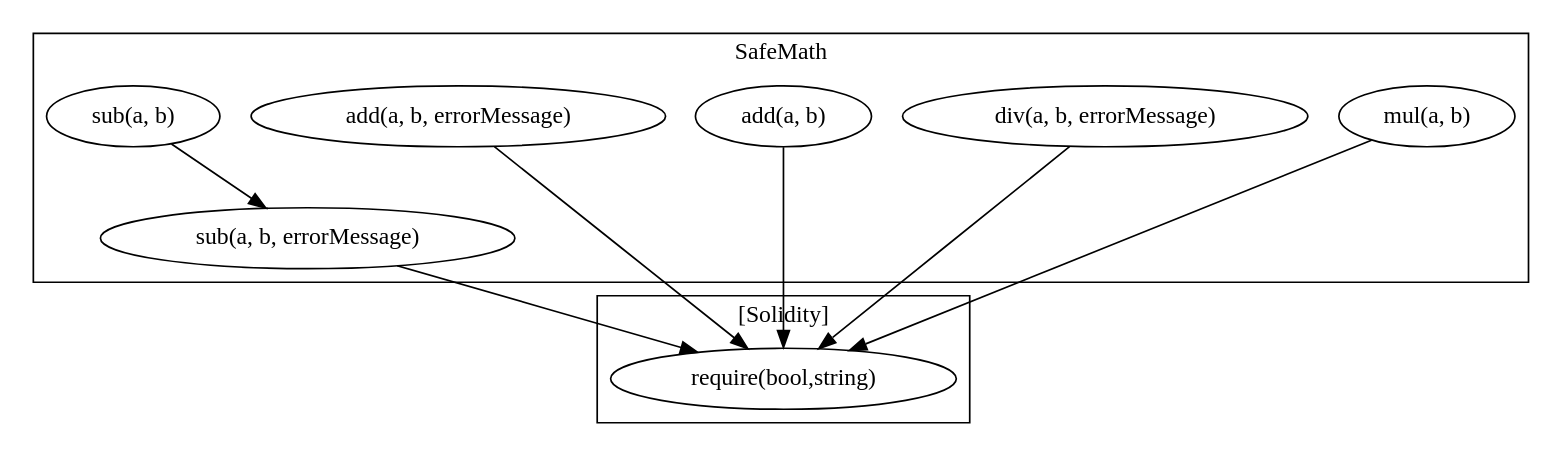
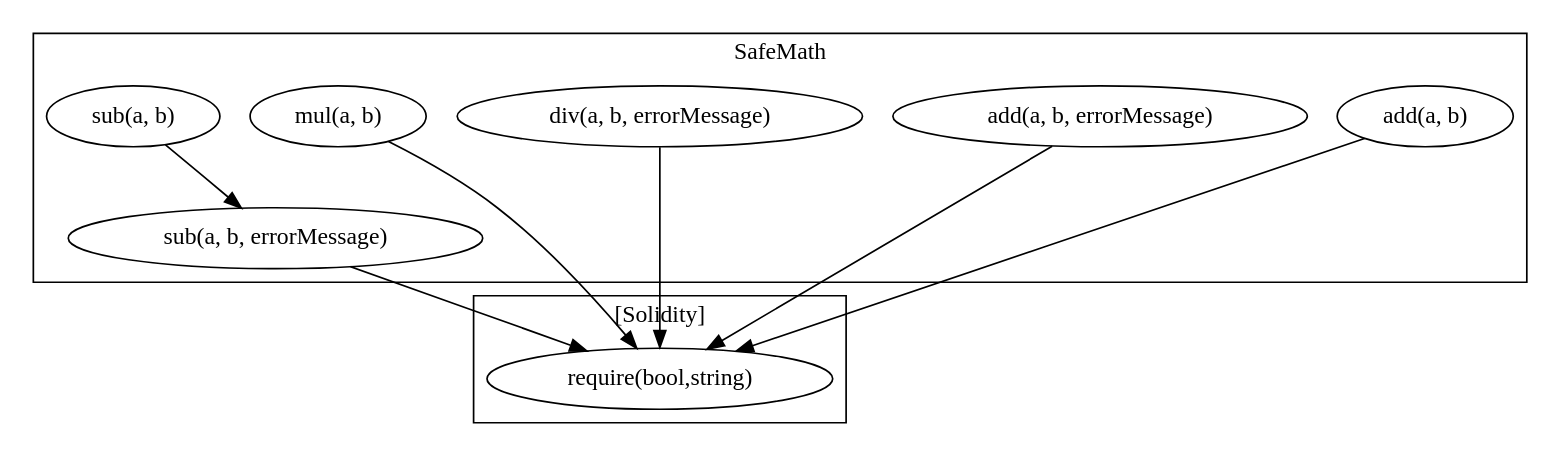
Before and after one commit to Shruthaja/Advanced-Topics-software-engineering-6324-001: the diagram in test_normal.sol.all_contracts.call-graph.dot, drawn with Graphviz. The commit also changed other lines of this file and 8 other files, not shown here.

```diff
--- a/test_normal.sol.all_contracts.call-graph.dot
+++ b/test_normal.sol.all_contracts.call-graph.dot
@@ -1,20 +1,20 @@
 strict digraph {
 subgraph cluster_162_SafeMath {
 label = "SafeMath"
+"162_mul_648fa9b31bc7ff7eb914e7a7180f07e0df0f8467839b1af8902da1d0bead03a2" [label="mul(a, b)"]
+"162_div_eb571a3b16279fdd808dacae85349e7091581dbe85a65bd816aaa6ad2788ee76" [label="div(a, b, errorMessage)"]
+"162_sub_eb571a3b16279fdd808dacae85349e7091581dbe85a65bd816aaa6ad2788ee76" [label="sub(a, b, errorMessage)"]
 "162_add_eb571a3b16279fdd808dacae85349e7091581dbe85a65bd816aaa6ad2788ee76" [label="add(a, b, errorMessage)"]
-"162_sub_eb571a3b16279fdd808dacae85349e7091581dbe85a65bd816aaa6ad2788ee76" [label="sub(a, b, errorMessage)"]
+"162_sub_648fa9b31bc7ff7eb914e7a7180f07e0df0f8467839b1af8902da1d0bead03a2" [label="sub(a, b)"]
 "162_add_648fa9b31bc7ff7eb914e7a7180f07e0df0f8467839b1af8902da1d0bead03a2" [label="add(a, b)"]
-"162_div_eb571a3b16279fdd808dacae85349e7091581dbe85a65bd816aaa6ad2788ee76" [label="div(a, b, errorMessage)"]
-"162_mul_648fa9b31bc7ff7eb914e7a7180f07e0df0f8467839b1af8902da1d0bead03a2" [label="mul(a, b)"]
-"162_sub_648fa9b31bc7ff7eb914e7a7180f07e0df0f8467839b1af8902da1d0bead03a2" [label="sub(a, b)"]
 "162_sub_648fa9b31bc7ff7eb914e7a7180f07e0df0f8467839b1af8902da1d0bead03a2" -> "162_sub_eb571a3b16279fdd808dacae85349e7091581dbe85a65bd816aaa6ad2788ee76"
 }subgraph cluster_solidity {
 label = "[Solidity]"
 "require(bool,string)" 
 "162_mul_648fa9b31bc7ff7eb914e7a7180f07e0df0f8467839b1af8902da1d0bead03a2" -> "require(bool,string)"
+"162_add_648fa9b31bc7ff7eb914e7a7180f07e0df0f8467839b1af8902da1d0bead03a2" -> "require(bool,string)"
 "162_add_eb571a3b16279fdd808dacae85349e7091581dbe85a65bd816aaa6ad2788ee76" -> "require(bool,string)"
 "162_sub_eb571a3b16279fdd808dacae85349e7091581dbe85a65bd816aaa6ad2788ee76" -> "require(bool,string)"
-"162_add_648fa9b31bc7ff7eb914e7a7180f07e0df0f8467839b1af8902da1d0bead03a2" -> "require(bool,string)"
 "162_div_eb571a3b16279fdd808dacae85349e7091581dbe85a65bd816aaa6ad2788ee76" -> "require(bool,string)"
 }
 }
```
